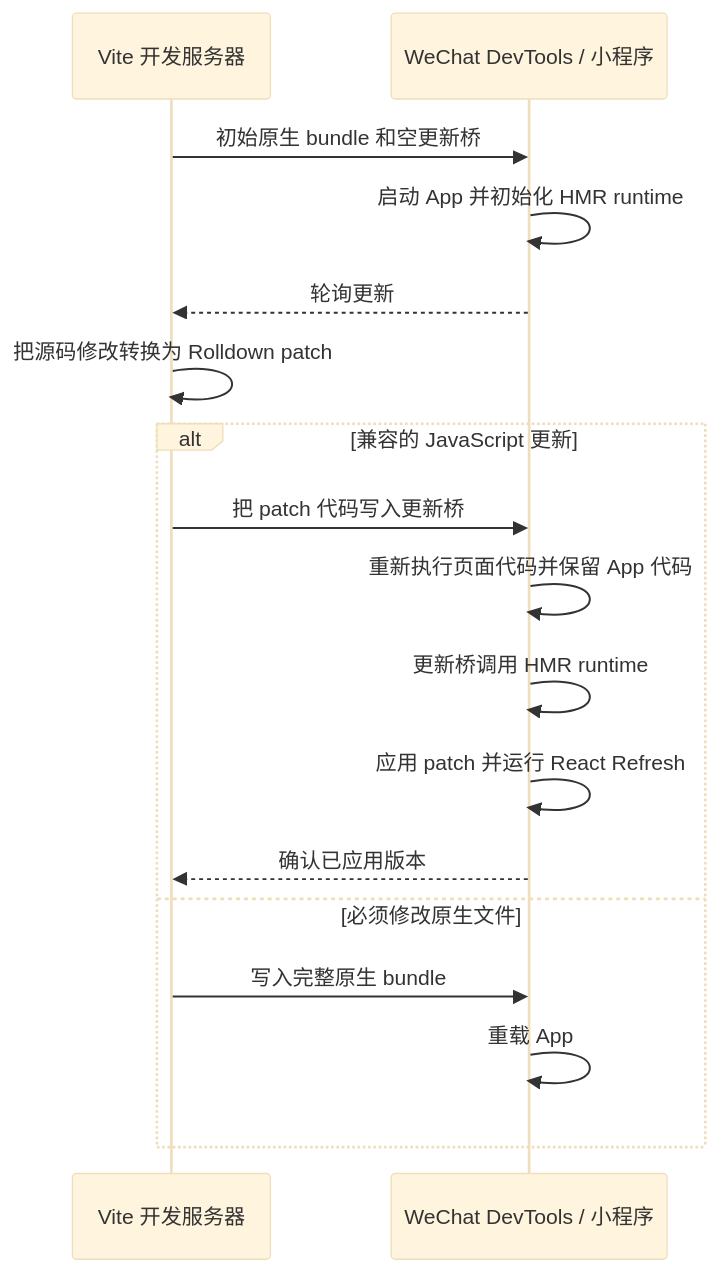
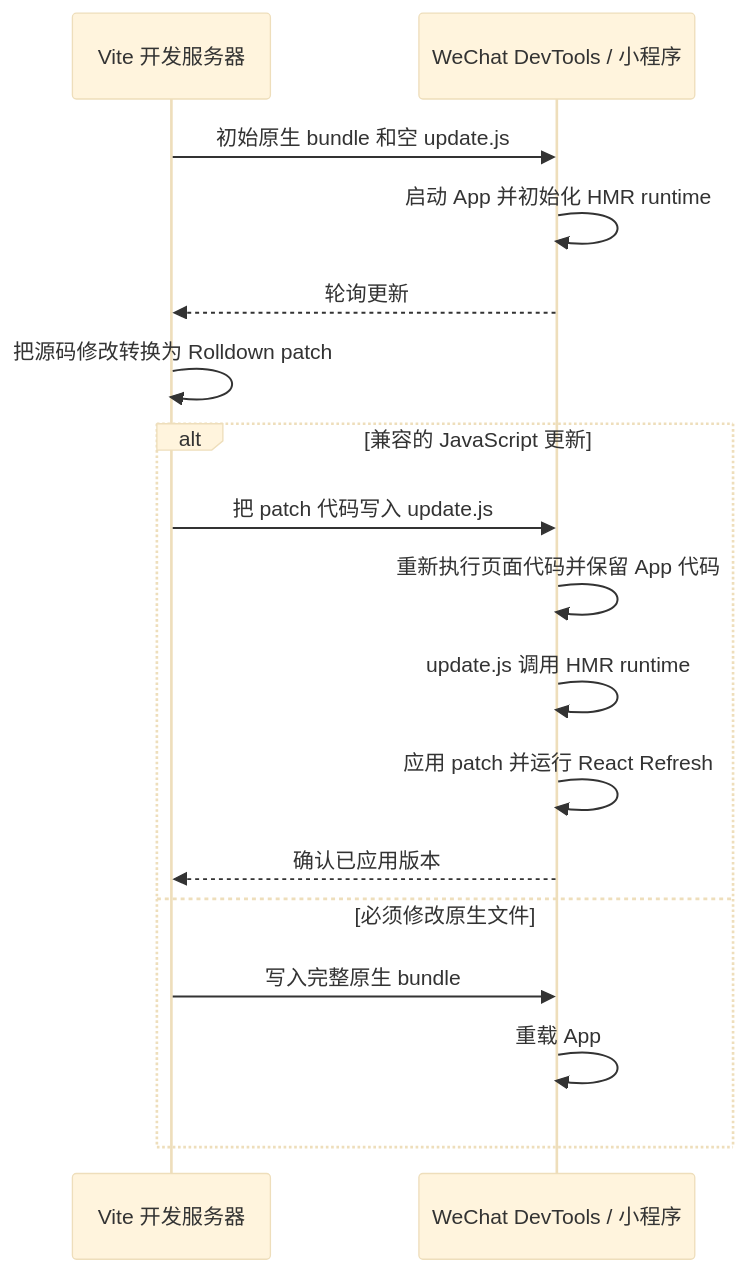
One commit to sep2/vite-plugin-taro changed the diagram in draft/hmr-architecture.zh.md. Above: the diagram before and after it, drawn with Mermaid (base theme). The commit also changed other lines of this file and 1 other file, not shown here.

Commit message:
docs: refine HMR architecture draft for clarity, unify terminology, and expand explanations for `update.js` workflows

````diff
--- a/draft/hmr-architecture.zh.md
+++ b/draft/hmr-architecture.zh.md
@@ -34,22 +34,22 @@
 ```mermaid
 sequenceDiagram
     participant Server as Vite 开发服务器
     participant WX as WeChat DevTools / 小程序
 
-    Server->>WX: 初始原生 bundle 和空更新桥
+    Server->>WX: 初始原生 bundle 和空 update.js
     WX->>WX: 启动 App 并初始化 HMR runtime
     WX-->>Server: 轮询更新
 
     Server->>Server: 把源码修改转换为 Rolldown patch
 
     alt 兼容的 JavaScript 更新
-        Server->>WX: 把 patch 代码写入更新桥
+        Server->>WX: 把 patch 代码写入 update.js
         WX->>WX: 重新执行页面代码并保留 App 代码
-        WX->>WX: 更新桥调用 HMR runtime
+        WX->>WX: update.js 调用 HMR runtime
         WX->>WX: 应用 patch 并运行 React Refresh
         WX-->>Server: 确认已应用版本
     else 必须修改原生文件
         Server->>WX: 写入完整原生 bundle
         WX->>WX: 重载 App
     end
 ```
````
